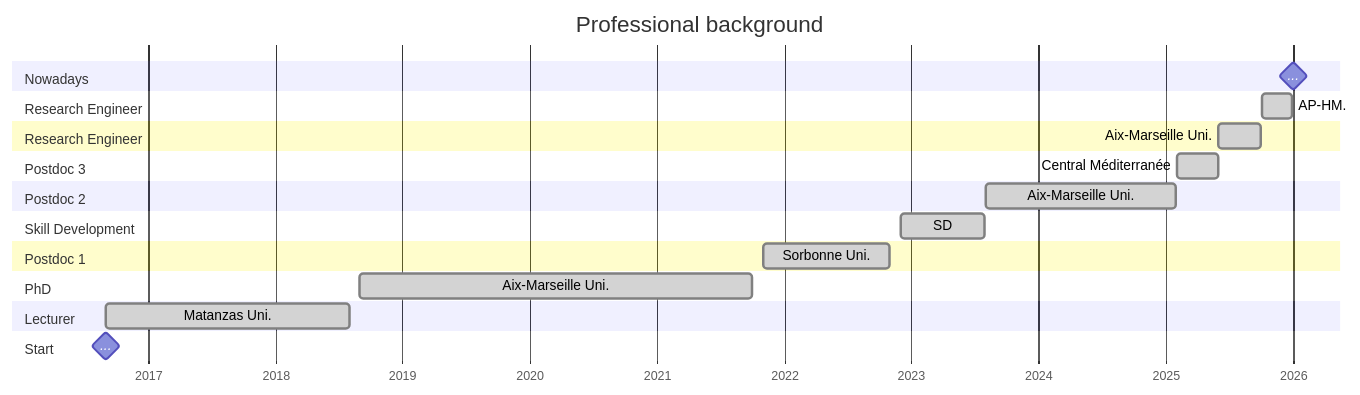
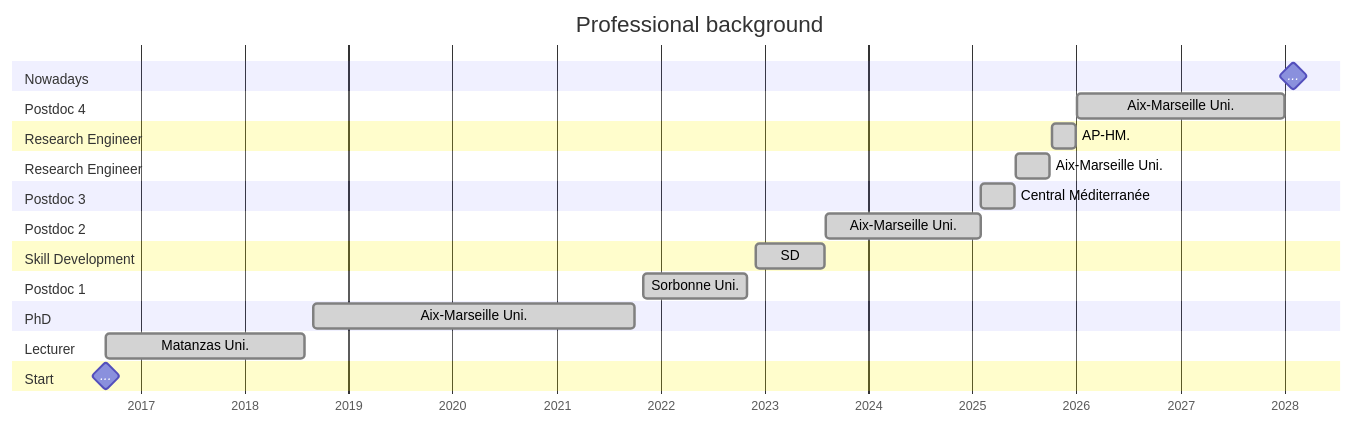
The diagram in _tabs/experience.md (olcruzgonzalez/olcruzgonzalez.github.io), drawn with Mermaid before and after one commit. The commit also changed other lines of this file and 3 other files, not shown here.

````diff
--- a/_tabs/experience.md
+++ b/_tabs/experience.md
@@ -53,26 +60,28 @@
 ```mermaid
   gantt
     title  Professional background
     dateFormat  YYYY-MM-DD
     axisFormat %Y
   section Nowadays
-    ... :milestone, aa, 2026-01-01, 2026-01-02
+    ... :milestone, aa, 2028-02-01, 2028-02-02
+    section Postdoc 4
+    Aix-Marseille Uni. :done, b, 2026-01-05, 2028-01-04
   section Research Engineer 
     AP-HM. :done, b, 2025-10-06, 2025-12-31
   section Research Engineer
     Aix-Marseille Uni. :done, b, 2025-06-01, 2025-09-30
   section Postdoc 3
     Central Méditerranée :done, b, 2025-02-01, 2025-05-31
   section Postdoc 2
     Aix-Marseille Uni. :done, b, 2023-08-03, 2025-01-31
   section Skill Development
     SD :done, a, 2022-12-01, 2023-08-01
   section Postdoc 1
     Sorbonne Uni. :done, a, 2021-11-01, 2022-11-01
   section PhD
     Aix-Marseille Uni. :done, a, 2018-09-01, 2021-10-01
   section Lecturer
     Matanzas Uni. :done, a, 2016-09-01, 2018-08-01
   section Start
     ... :milestone, aa, 2016-09-01, 2016-09-01
 ```
````
